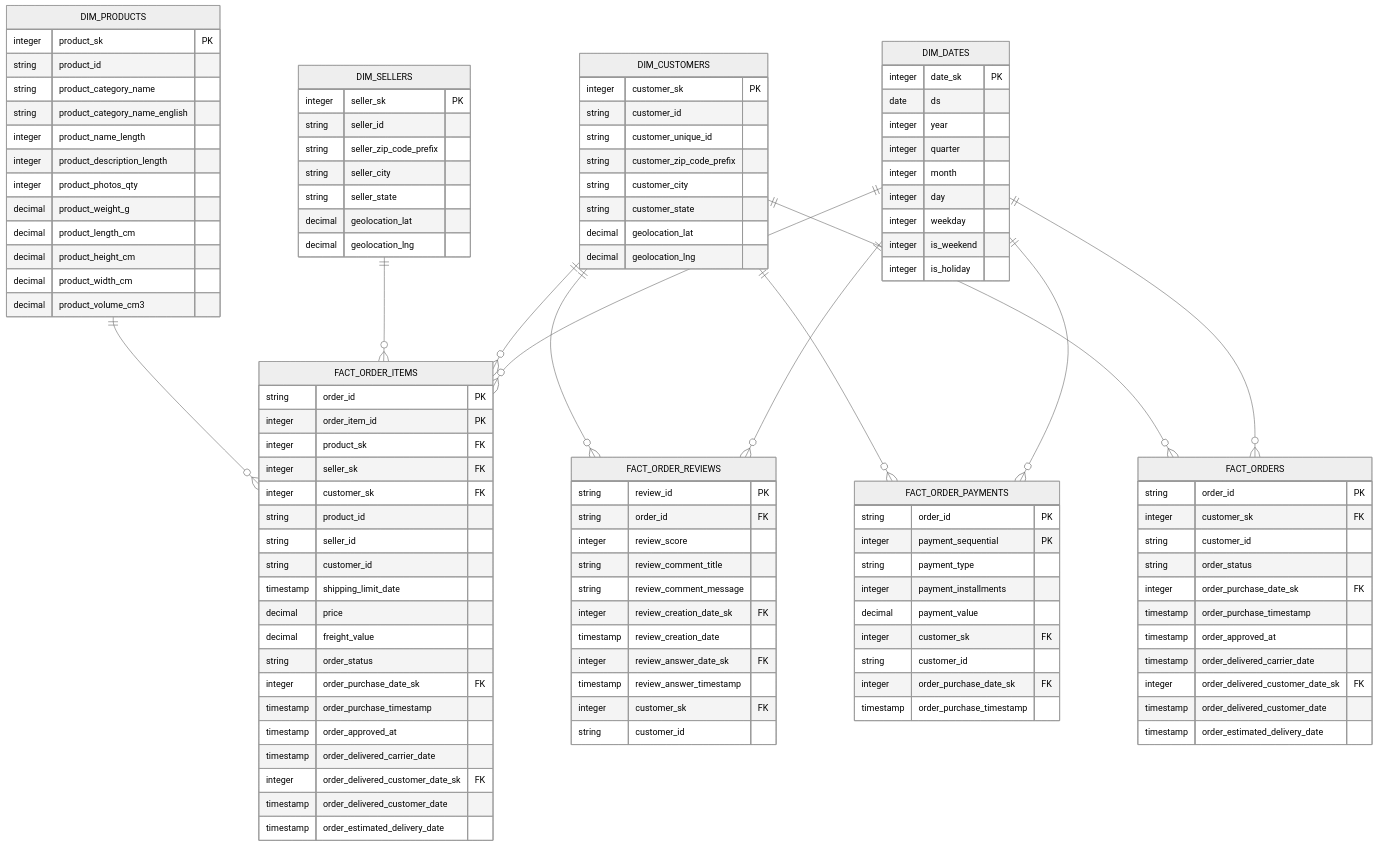
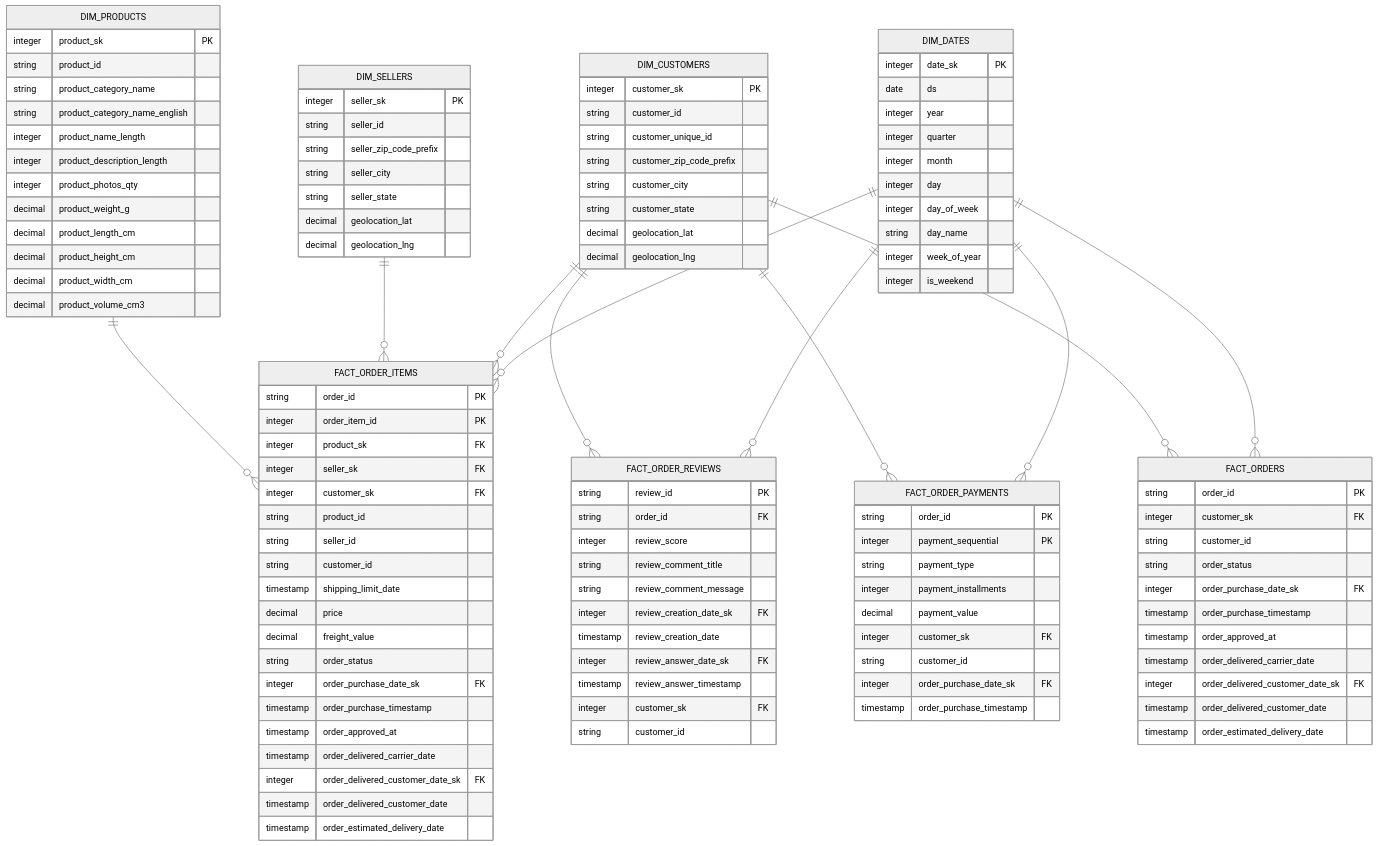
Before and after one commit to SoongGuanLeong/data_pipelines_batch_stream_vector: the diagram in 1-batch/docs/schema/star_schema.md, drawn with Mermaid (neutral theme). The commit also changed 39 other files, not shown here.

```diff
--- a/1-batch/docs/schema/star_schema.md
+++ b/1-batch/docs/schema/star_schema.md
@@ -135,9 +135,10 @@
         integer quarter
         integer month
         integer day
-        integer weekday
+        integer day_of_week
+        string  day_name
+        integer week_of_year
         integer is_weekend
-        integer is_holiday
     }
 
     DIM_CUSTOMERS ||--o{ FACT_ORDERS : ""
```
